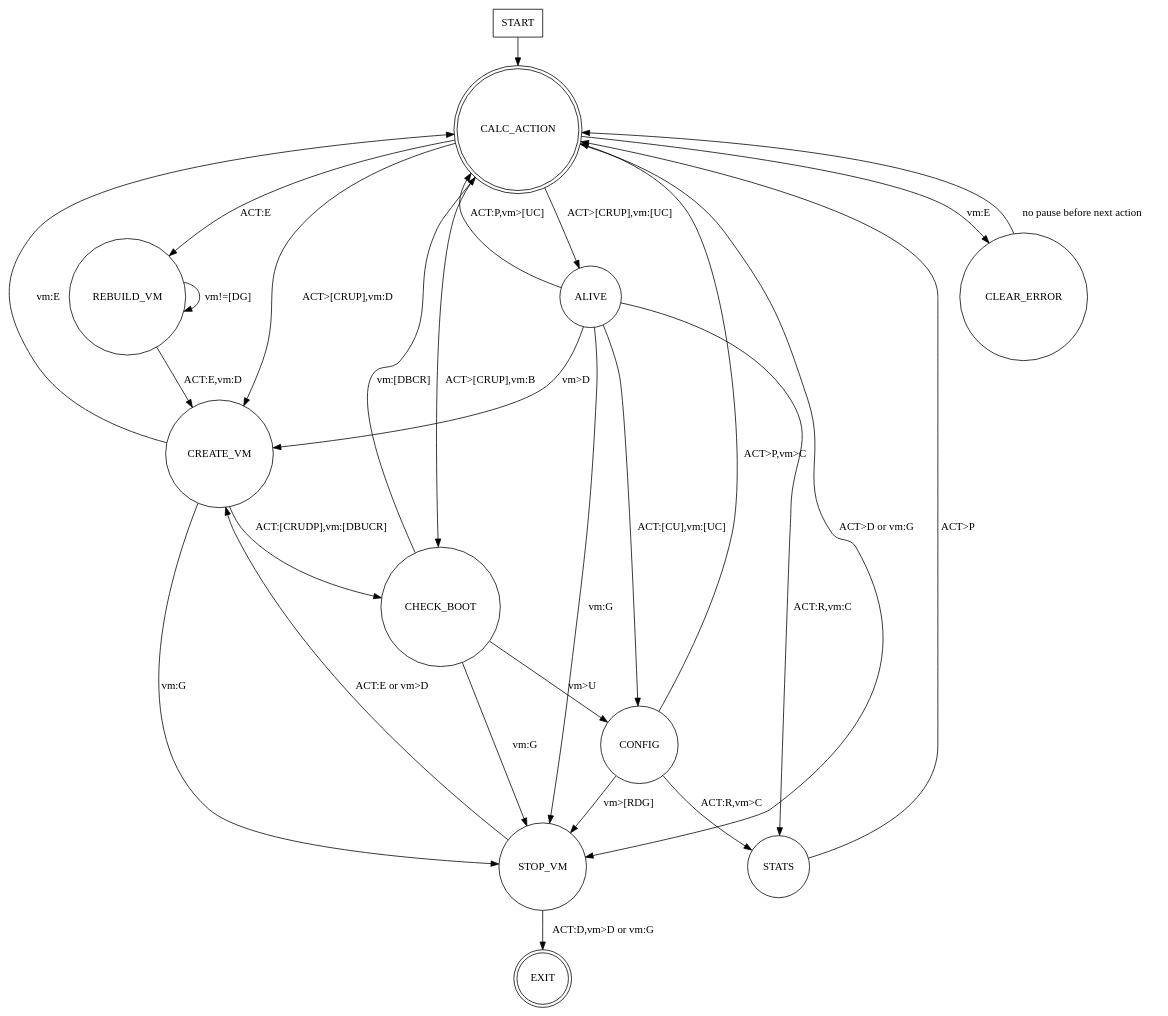
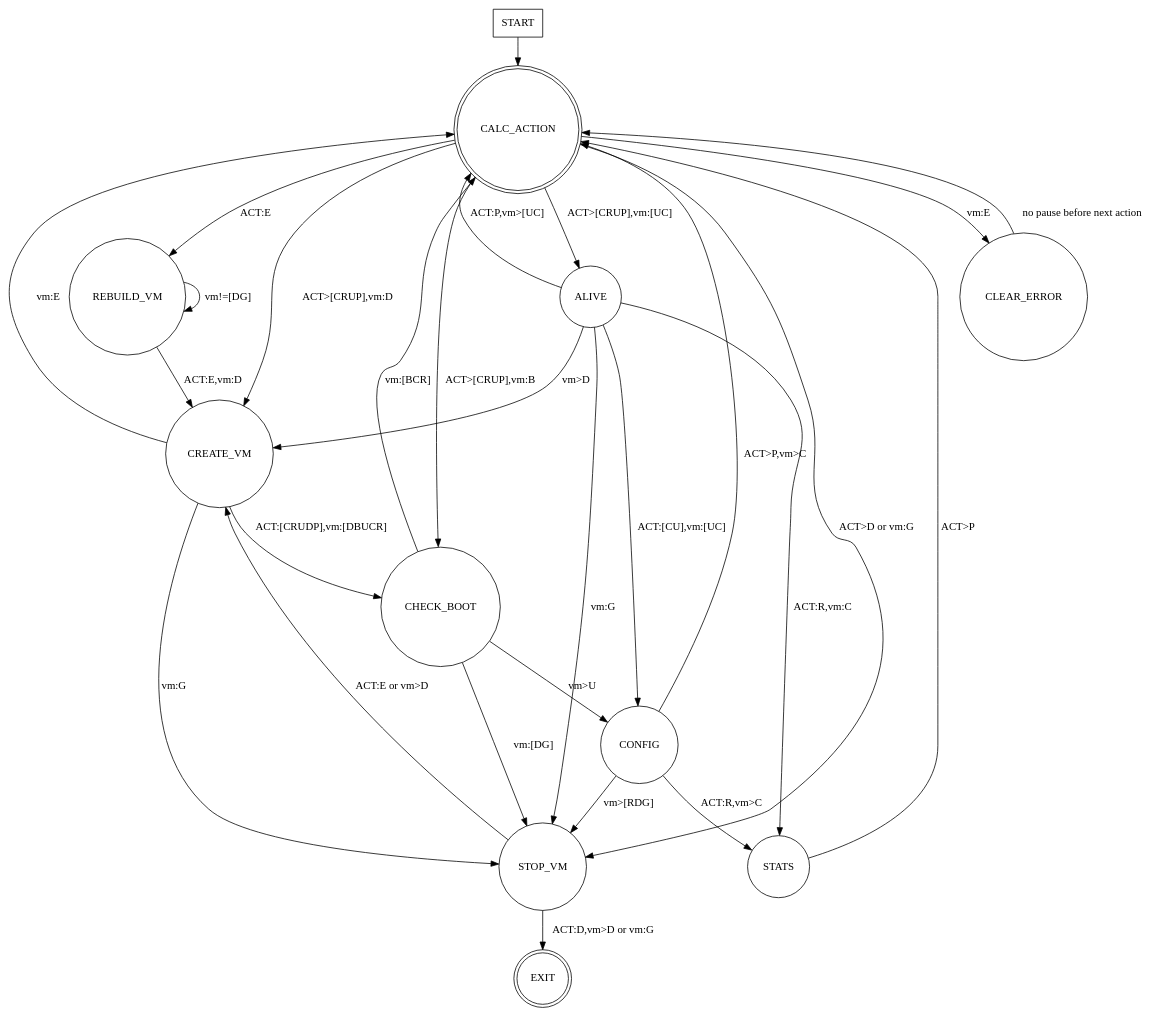
One commit to openstack-archive/astara changed the diagram in doc/source/state_machine.dot. Above: the diagram before and after it, drawn with Graphviz. The commit also changed 1 other file, not shown here.

Commit message:
If a VM goes to `DOWN` state during CheckBoot, restart the VM.

```diff
--- a/doc/source/state_machine.dot
+++ b/doc/source/state_machine.dot
@@ -1,52 +1,52 @@
 digraph rug {
   // rankdir=LR;
 
   node [shape = rectangle];
   START;
 
   // These nodes enter and exit the state machine.
 
   node [shape = doublecircle];
   EXIT;
   CALC_ACTION;
 
   node [shape = circle];
 
   START -> CALC_ACTION;
 
   CALC_ACTION -> ALIVE [ label = "ACT>[CRUP],vm:[UC]" ];
   CALC_ACTION -> CREATE_VM [ label = "ACT>[CRUP],vm:D" ];
   CALC_ACTION -> CHECK_BOOT [ label = "ACT>[CRUP],vm:B" ];
   CALC_ACTION -> REBUILD_VM [ label = "ACT:E" ];
   CALC_ACTION -> STOP_VM [ label = "ACT>D or vm:G" ];
   CALC_ACTION -> CLEAR_ERROR [ label = "vm:E" ];
 
   ALIVE -> CREATE_VM [ label = "vm>D" ];
   ALIVE -> CONFIG [ label = "ACT:[CU],vm:[UC]" ];
   ALIVE -> STATS [ label = "ACT:R,vm:C" ];
   ALIVE -> CALC_ACTION [ label = "ACT:P,vm>[UC]" ];
   ALIVE -> STOP_VM [ label = "vm:G" ];
 
   CREATE_VM -> CHECK_BOOT [ label = "ACT:[CRUDP],vm:[DBUCR]" ];
   CREATE_VM -> STOP_VM [ label = "vm:G" ];
   CREATE_VM -> CALC_ACTION [ label = "vm:E" ];
 
   CHECK_BOOT -> CONFIG [ label = "vm>U" ];
-  CHECK_BOOT -> CALC_ACTION [ label = "vm:[DBCR]" ];
-  CHECK_BOOT -> STOP_VM [ label = "vm:G" ];
+  CHECK_BOOT -> CALC_ACTION [ label = "vm:[BCR]" ];
+  CHECK_BOOT -> STOP_VM [ label = "vm:[DG]" ];
 
   CONFIG -> STATS [ label = "ACT:R,vm>C" ];
   CONFIG -> CALC_ACTION [ label = "ACT>P,vm>C" ];
   CONFIG -> STOP_VM [ label = "vm>[RDG]" ];
 
   STATS -> CALC_ACTION [ label = "ACT>P" ];
 
   CLEAR_ERROR -> CALC_ACTION [ label = "no pause before next action" ];
 
   REBUILD_VM -> REBUILD_VM [ label = "vm!=[DG]" ];
   REBUILD_VM -> CREATE_VM [ label = "ACT:E,vm:D" ];
 
   STOP_VM -> CREATE_VM [ label = "ACT:E or vm>D" ];
   STOP_VM -> EXIT [ label = "ACT:D,vm>D or vm:G" ];
 
 }
```
